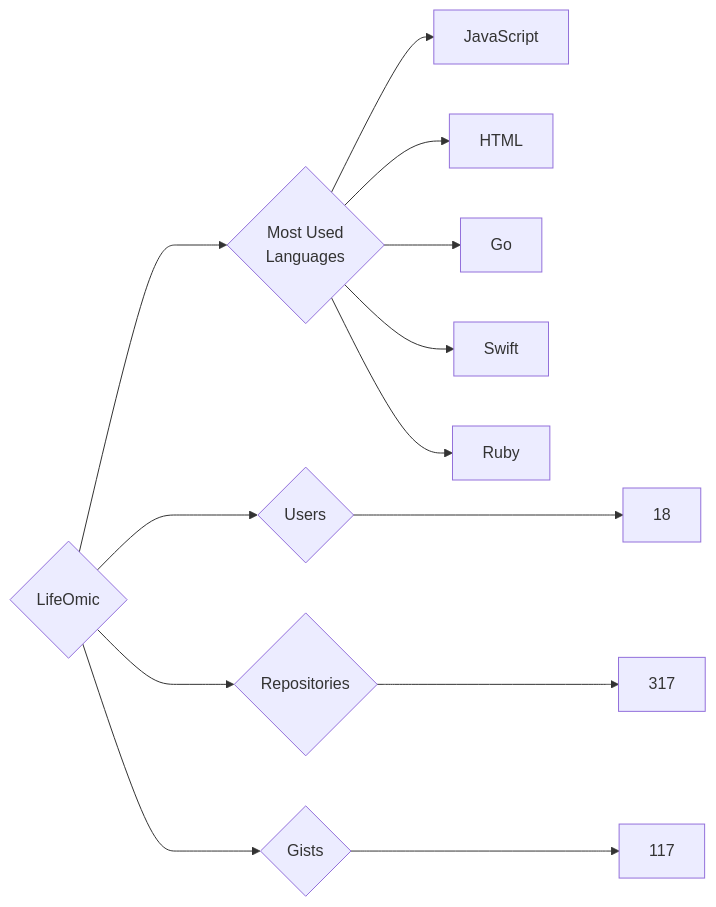
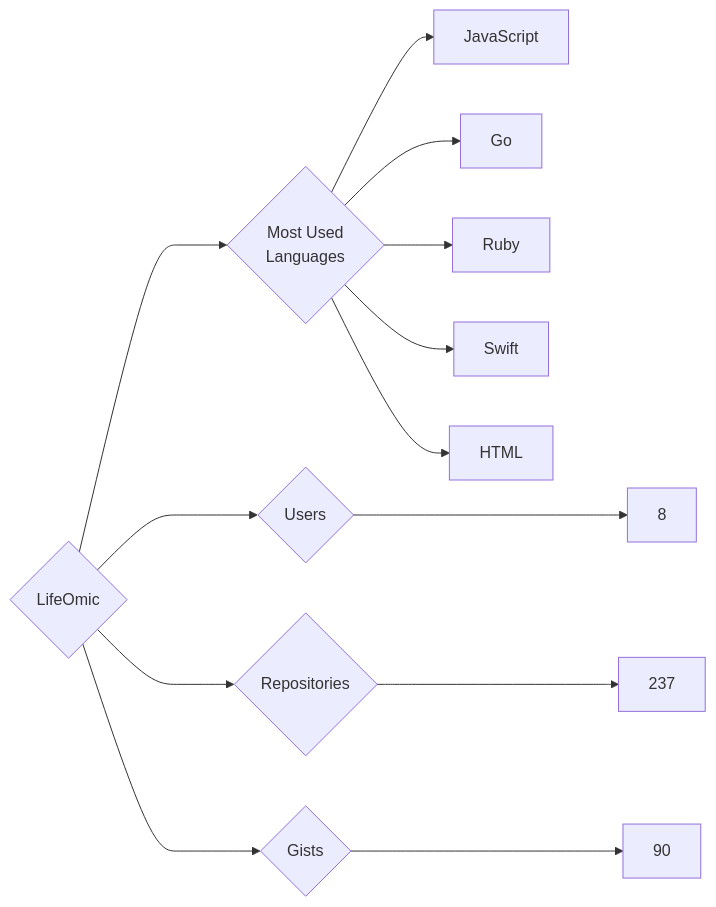
Before and after one commit to trickest/insiders: the diagram in targets/LifeOmic/README.md, drawn with Mermaid. The commit also changed 699 other files, not shown here.

````diff
--- a/targets/LifeOmic/README.md
+++ b/targets/LifeOmic/README.md
@@ -3,13 +3,13 @@
 ```mermaid
 graph LR
 COMPANY_NAME{LifeOmic}
-COMPANY_NAME ---> U{Users} ---> UN[18]
-COMPANY_NAME ---> R{Repositories} ---> RN[317]
-COMPANY_NAME ---> G{Gists} ---> GN[117]
+COMPANY_NAME ---> U{Users} ---> UN[8]
+COMPANY_NAME ---> R{Repositories} ---> RN[237]
+COMPANY_NAME ---> G{Gists} ---> GN[90]
 COMPANY_NAME ---> ML{Most Used<br>Languages}
 ML --> JavaScript[JavaScript]
+ML --> Go[Go]
+ML --> Ruby[Ruby]
+ML --> Swift[Swift]
 ML --> HTML[HTML]
-ML --> Go[Go]
-ML --> Swift[Swift]
-ML --> Ruby[Ruby]
 ```
````
